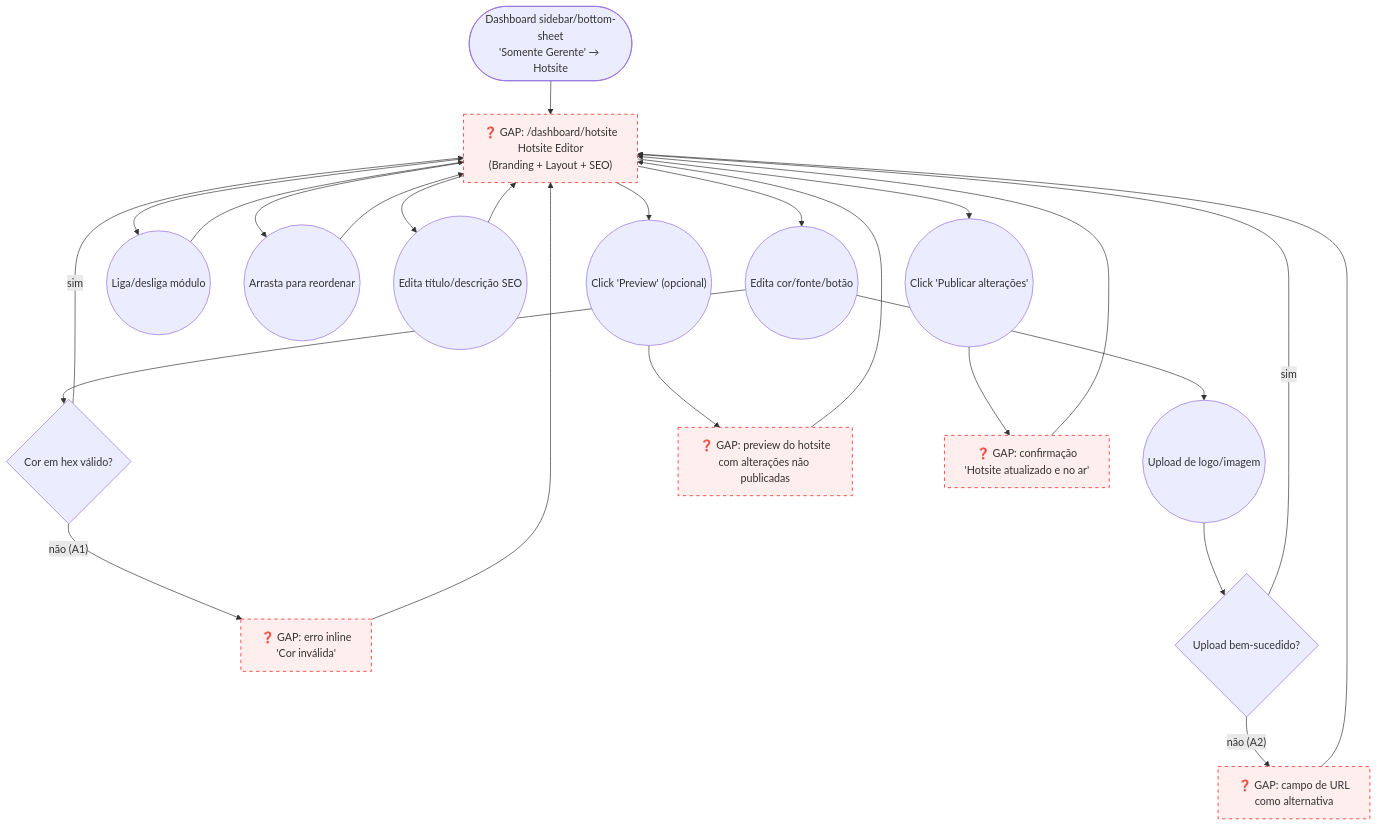
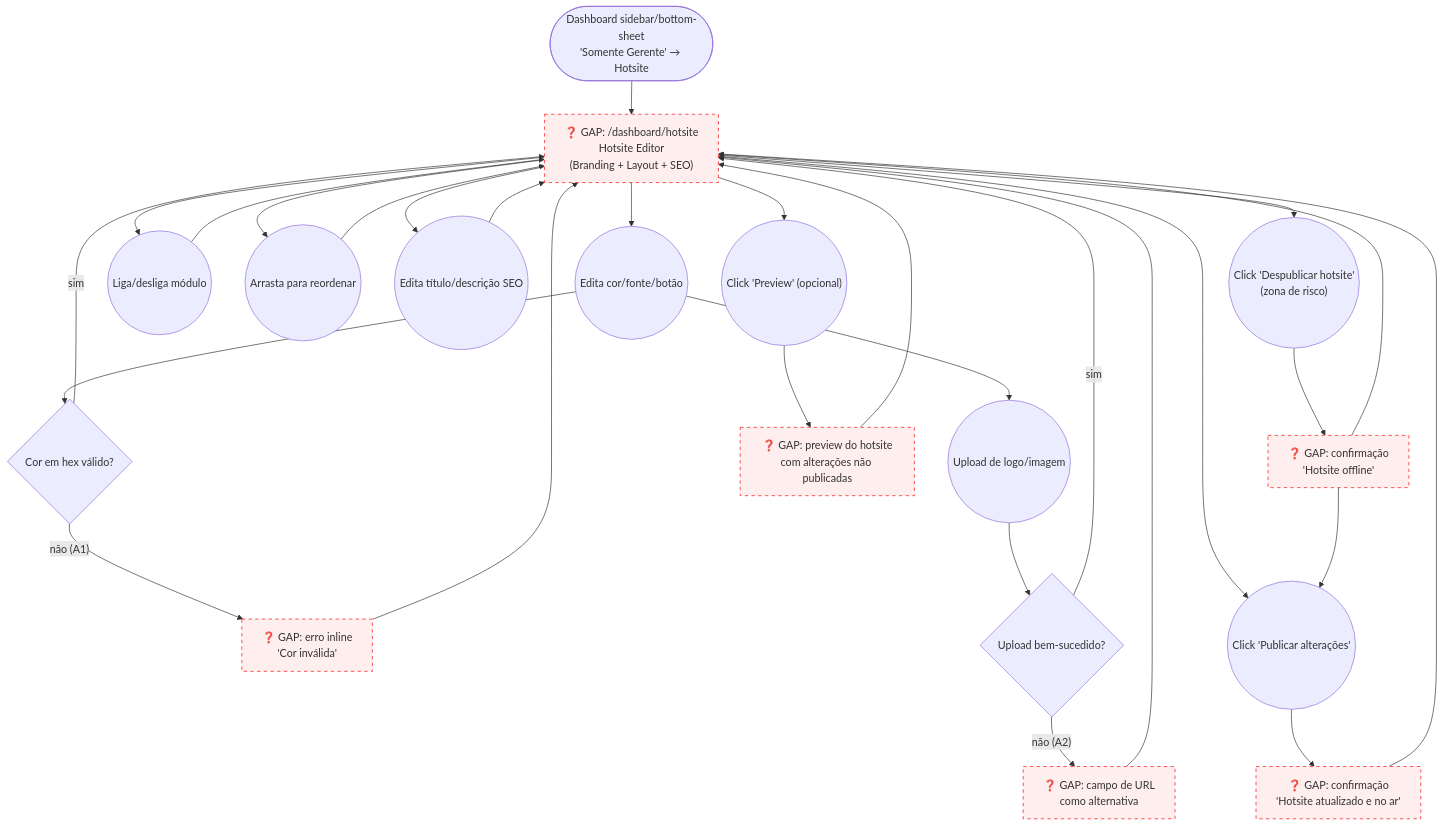
The diagram in plan/journey/manager/hotsite.md (lmmoreira/beloauto), drawn with Mermaid before and after one commit. The commit also changed other lines of this file and 160 other files, not shown here.

````diff
--- a/plan/journey/manager/hotsite.md
+++ b/plan/journey/manager/hotsite.md
@@ -10,37 +10,42 @@
 ```mermaid
 flowchart TD
     classDef existing fill:#e6ffe6,stroke:#3a3
     classDef gap stroke:#f00,stroke-dasharray: 5 5,fill:#fee
 
     Start(["Dashboard sidebar/bottom-sheet<br/>'Somente Gerente' → Hotsite"]) --> Editor["❓ GAP: /dashboard/hotsite<br/>Hotsite Editor<br/>(Branding + Layout + SEO)"]
 
     Editor --> EditBranding(("Edita cor/fonte/botão"))
     Editor --> ToggleModule(("Liga/desliga módulo"))
     Editor --> ReorderModule(("Arrasta para reordenar"))
     Editor --> EditSeo(("Edita título/descrição SEO"))
 
     EditBranding --> ColorValid{"Cor em hex válido?"}
     ColorValid -- "não (A1)" --> ColorError["❓ GAP: erro inline<br/>'Cor inválida'"]
     ColorError --> Editor
     ColorValid -- "sim" --> Editor
 
     EditBranding --> ImageUpload(("Upload de logo/imagem"))
     ImageUpload --> UploadOk{"Upload bem-sucedido?"}
     UploadOk -- "não (A2)" --> UrlFallback["❓ GAP: campo de URL<br/>como alternativa"]
     UrlFallback --> Editor
     UploadOk -- "sim" --> Editor
 
     ToggleModule --> Editor
     ReorderModule --> Editor
     EditSeo --> Editor
 
     Editor --> PreviewBtn(("Click 'Preview' (opcional)"))
     PreviewBtn --> PreviewPane["❓ GAP: preview do hotsite<br/>com alterações não publicadas"]
     PreviewPane --> Editor
 
     Editor --> PublishBtn(("Click 'Publicar alterações'"))
     PublishBtn --> PublishSuccess["❓ GAP: confirmação<br/>'Hotsite atualizado e no ar'"]
     PublishSuccess --> Editor
 
-    class Editor,ColorError,UrlFallback,PreviewPane,PublishSuccess gap
+    Editor --> UnpublishBtn(("Click 'Despublicar hotsite'<br/>(zona de risco)"))
+    UnpublishBtn --> UnpublishSuccess["❓ GAP: confirmação<br/>'Hotsite offline'"]
+    UnpublishSuccess --> PublishBtn
+    UnpublishSuccess --> Editor
+
+    class Editor,ColorError,UrlFallback,PreviewPane,PublishSuccess,UnpublishSuccess gap
 ```
````
